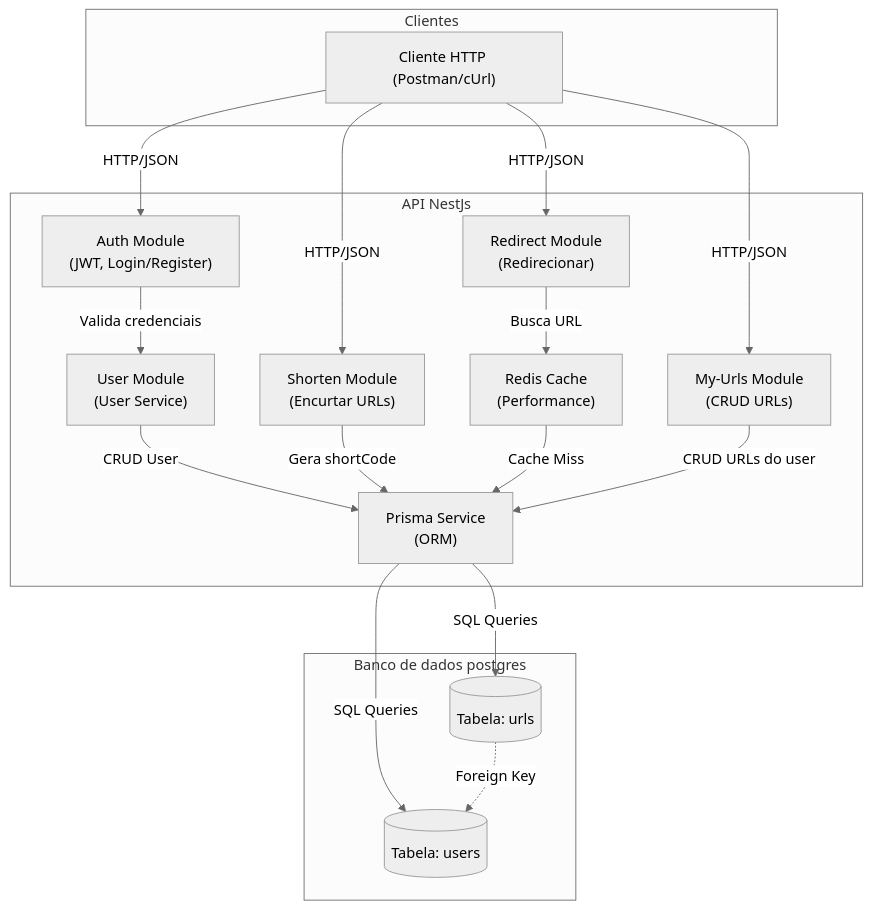
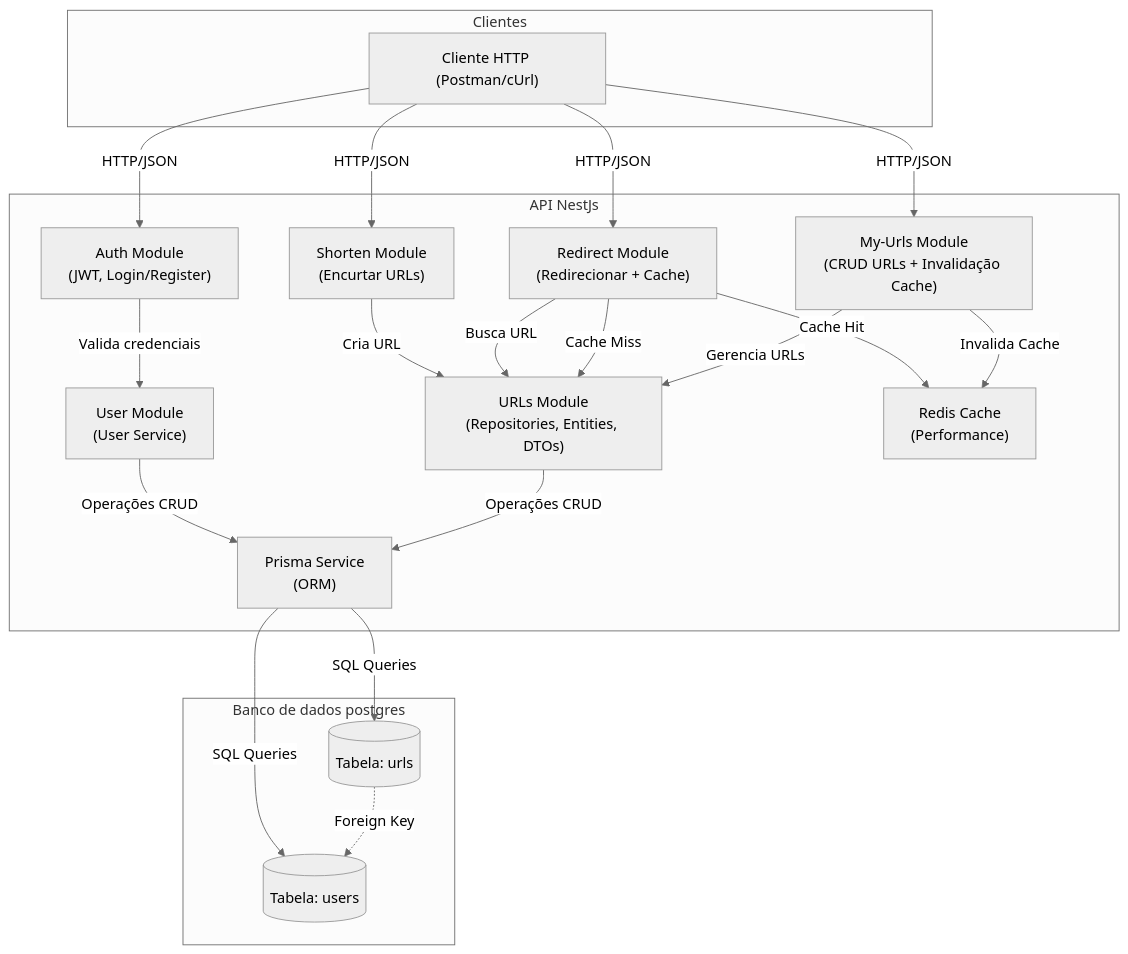
The second of 6 diagrams in README.md (gabrigabs/node-url-shortener), drawn with Mermaid (neutral theme) before and after one commit. The commit also changed other lines of this file, not shown here.

Commit message:
docs: update flowchart in README.md

````diff
--- a/README.md
+++ b/README.md
@@ -201,38 +201,42 @@
 ```mermaid
 flowchart TD
     subgraph Client["Clientes"]
         A["Cliente HTTP (Postman/cUrl)"]
     end
 
     subgraph API["API NestJs"]
         B["Auth Module<br/>(JWT, Login/Register)"]
         C["User Module<br/>(User Service)"]
         D["Shorten Module<br/>(Encurtar URLs)"]
-        E["Redirect Module<br/>(Redirecionar)"]
-        F["My-Urls Module<br/>(CRUD URLs)"]
+        E["Redirect Module<br/>(Redirecionar + Cache)"]
+        F["My-Urls Module<br/>(CRUD URLs + Invalidação Cache)"]
+        U["URLs Module<br/>(Repositories, Entities, DTOs)"]
         G["Prisma Service<br/>(ORM)"]
         R["Redis Cache<br/>(Performance)"]
     end
 
     subgraph DB["Banco de dados postgres"]
         H[("Tabela: users")]
         I[("Tabela: urls")]
     end
 
     A -->|HTTP/JSON| B
     A -->|HTTP/JSON| D
     A -->|HTTP/JSON| E
     A -->|HTTP/JSON| F
     
     B -->|Valida credenciais| C
-    C -->|CRUD User| G
-    D -->|Gera shortCode| G
-    E -->|Busca URL| R
-    R -->|Cache Miss| G
-    F -->|CRUD URLs do user| G
+    C -->|Operações CRUD| G
+    D -->|Cria URL| U
+    E -->|Busca URL| U
+    E -->|Cache Hit| R
+    E -->|Cache Miss| U
+    F -->|Gerencia URLs| U
+    F -->|Invalida Cache| R
+    U -->|Operações CRUD| G
     
     G -->|SQL Queries| H
     G -->|SQL Queries| I
     
     I -.->|Foreign Key| H
 ```
````
